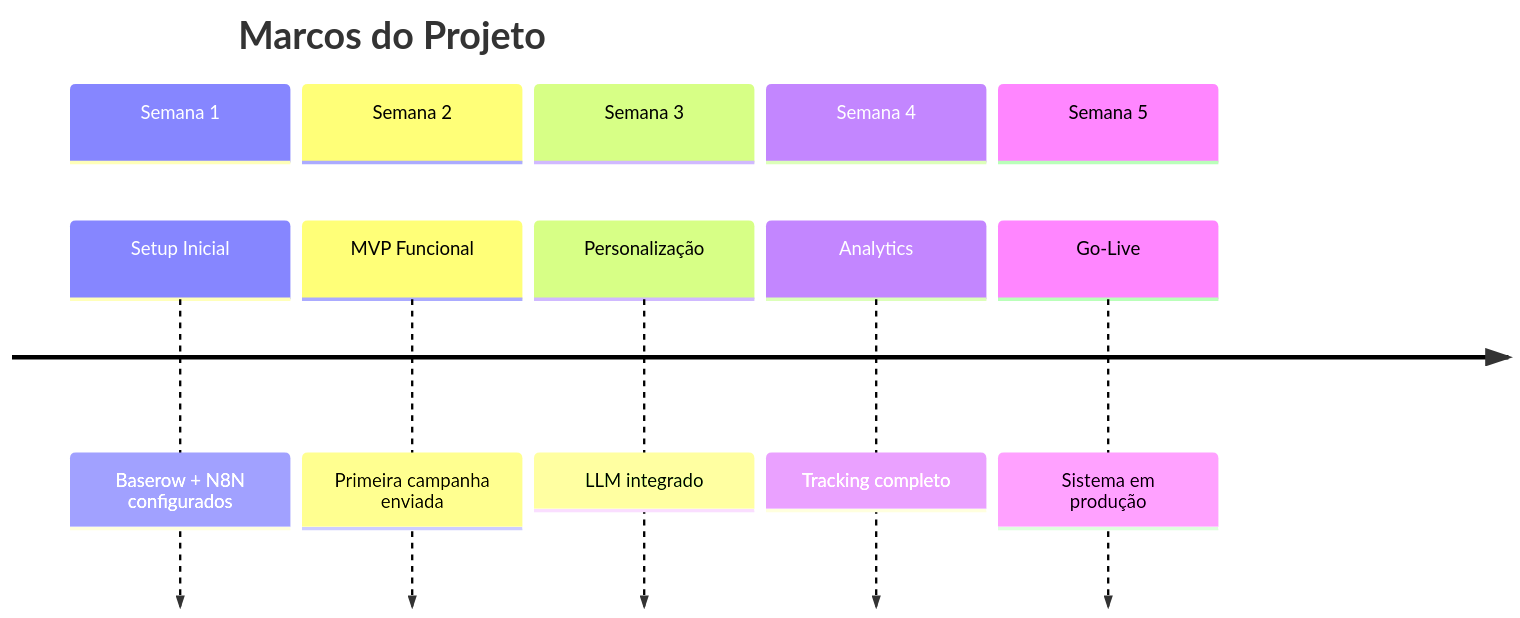
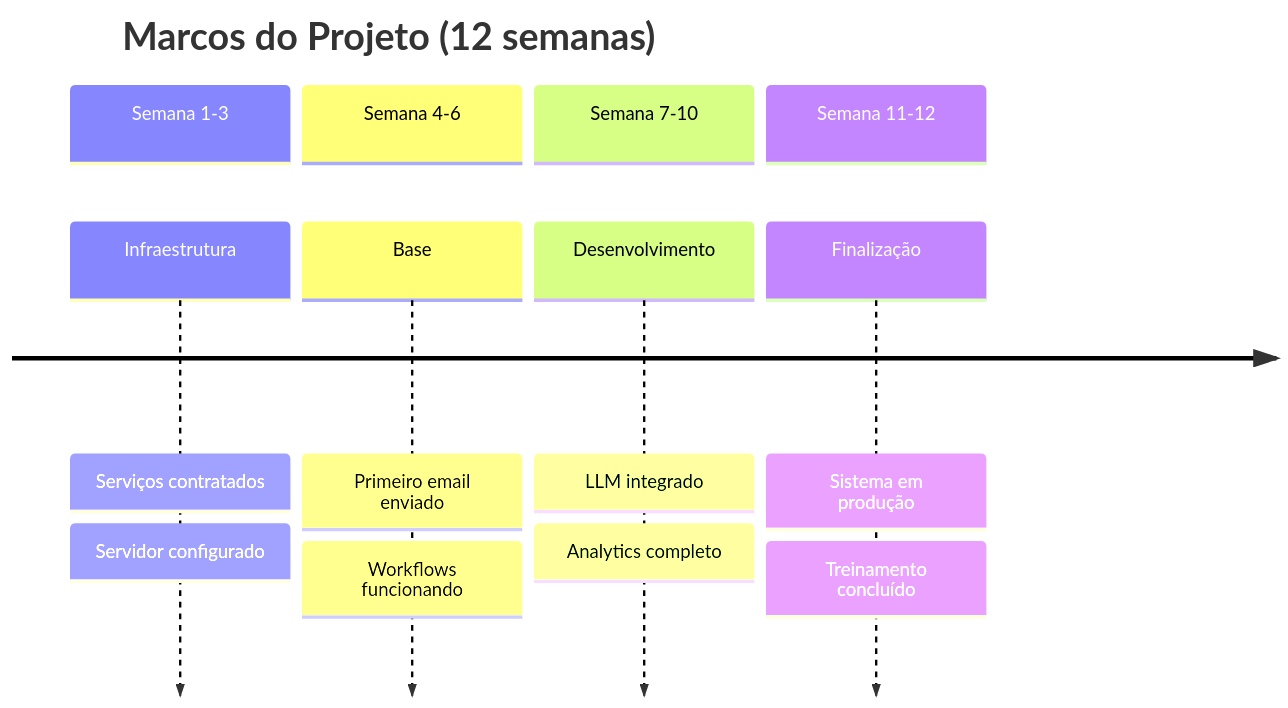
Before and after one commit to mcampello/capp-bunge-emails: the third of 4 diagrams in docs/cronograma.md, drawn with Mermaid. The commit also changed other lines of this file, not shown here.

First line of the commit message:
📅 Update: Cronograma Realista - 12 semanas com infraestrutura completa

````diff
--- a/docs/cronograma.md
+++ b/docs/cronograma.md
@@ -147,19 +200,20 @@
 ```mermaid
 timeline
-    title Marcos do Projeto
+    title Marcos do Projeto (12 semanas)
     
-    section Semana 1
-        Setup Inicial     : Baserow + N8N configurados
+    section Semana 1-3
+        Infraestrutura    : Serviços contratados
+                         : Servidor configurado
         
-    section Semana 2
-        MVP Funcional     : Primeira campanha enviada
+    section Semana 4-6
+        Base             : Primeiro email enviado
+                         : Workflows funcionando
         
-    section Semana 3
-        Personalização    : LLM integrado
+    section Semana 7-10
+        Desenvolvimento  : LLM integrado
+                         : Analytics completo
         
-    section Semana 4
-        Analytics         : Tracking completo
-        
-    section Semana 5
-        Go-Live          : Sistema em produção
+    section Semana 11-12
+        Finalização      : Sistema em produção
+                         : Treinamento concluído
 ```
````
